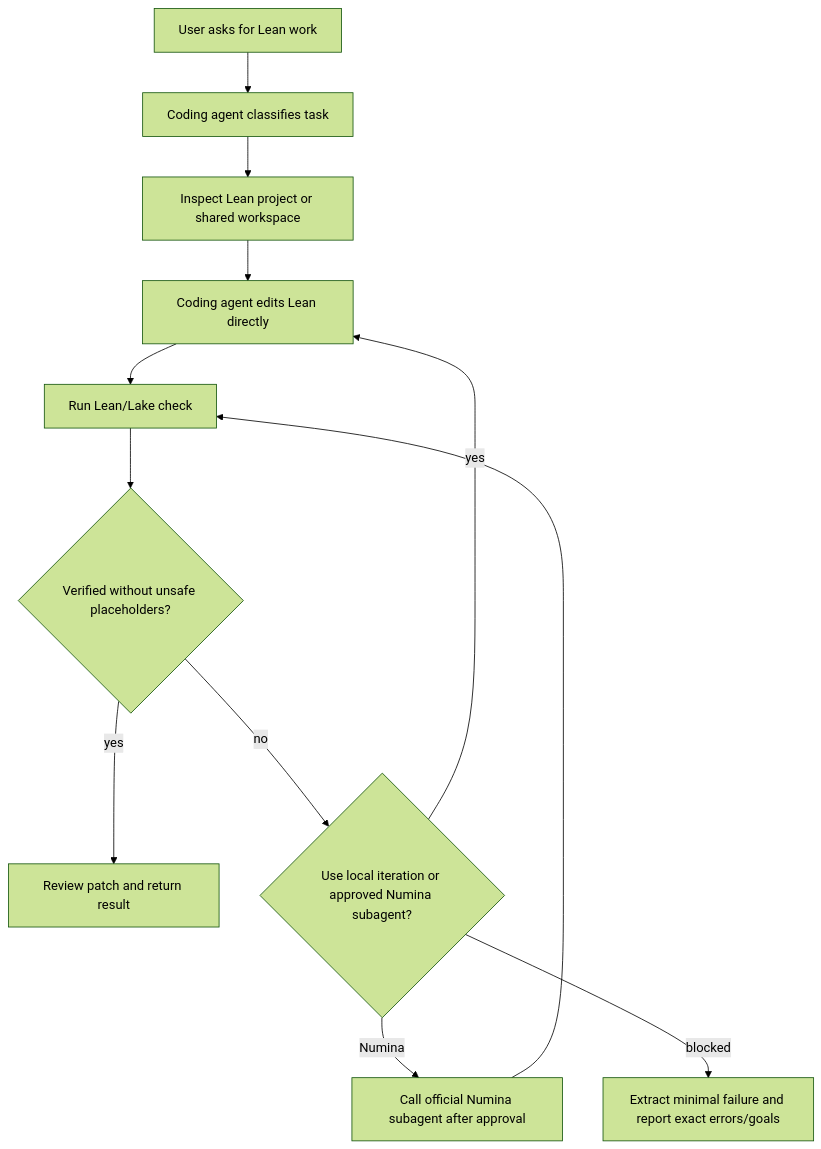
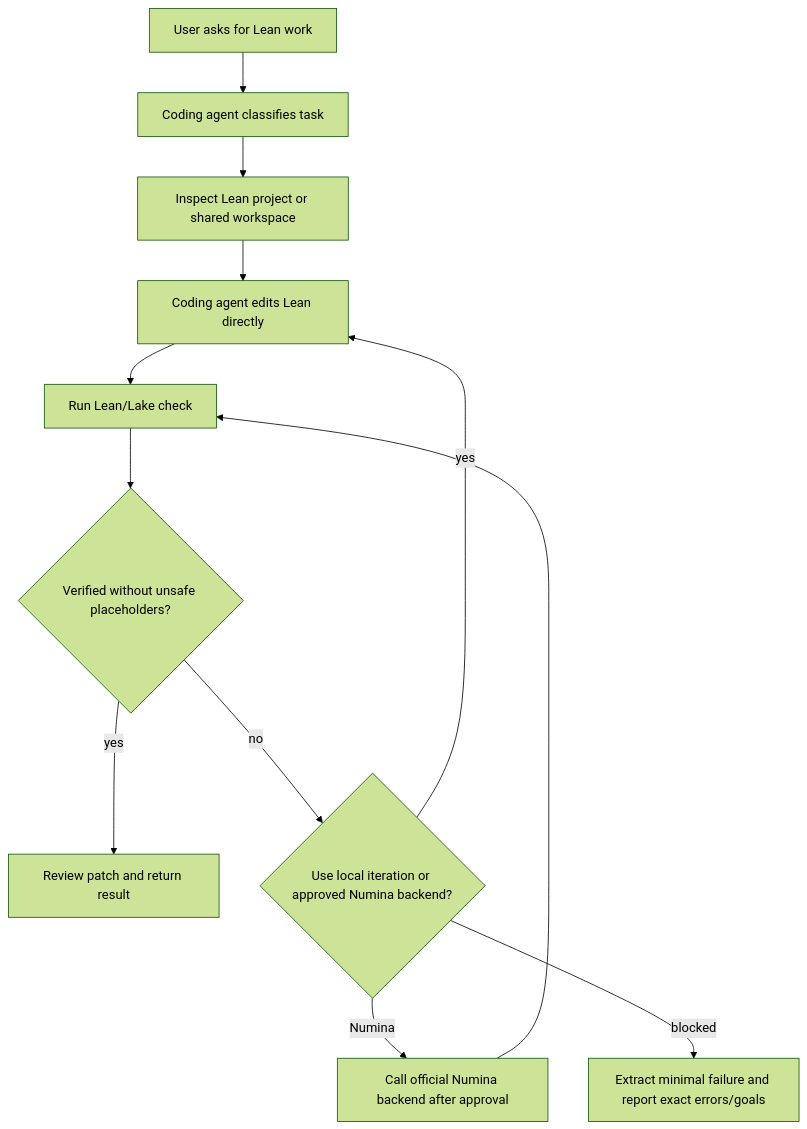
One commit to VeryMath/AI4Math-Lean-Agents changed the diagram in skills/lean-runtime/references/numina_reverse_analysis.md. Above: the diagram before and after it, drawn with Mermaid (forest theme). The commit also changed other lines of this file and 25 other files, not shown here.

````diff
--- a/skills/lean-runtime/references/numina_reverse_analysis.md
+++ b/skills/lean-runtime/references/numina_reverse_analysis.md
@@ -38,14 +38,14 @@
 ```mermaid
 flowchart TD
   A["User asks for Lean work"] --> B["Coding agent classifies task"]
   B --> C["Inspect Lean project or shared workspace"]
   C --> D["Coding agent edits Lean directly"]
   D --> E["Run Lean/Lake check"]
   E --> F{"Verified without unsafe placeholders?"}
   F -->|yes| G["Review patch and return result"]
-  F -->|no| H{"Use local iteration or approved Numina subagent?"}
+  F -->|no| H{"Use local iteration or approved Numina backend?"}
   H -->|yes| D
-  H -->|Numina| N["Call official Numina subagent after approval"]
+  H -->|Numina| N["Call official Numina backend after approval"]
   N --> E
   H -->|blocked| I["Extract minimal failure and report exact errors/goals"]
 ```
````
